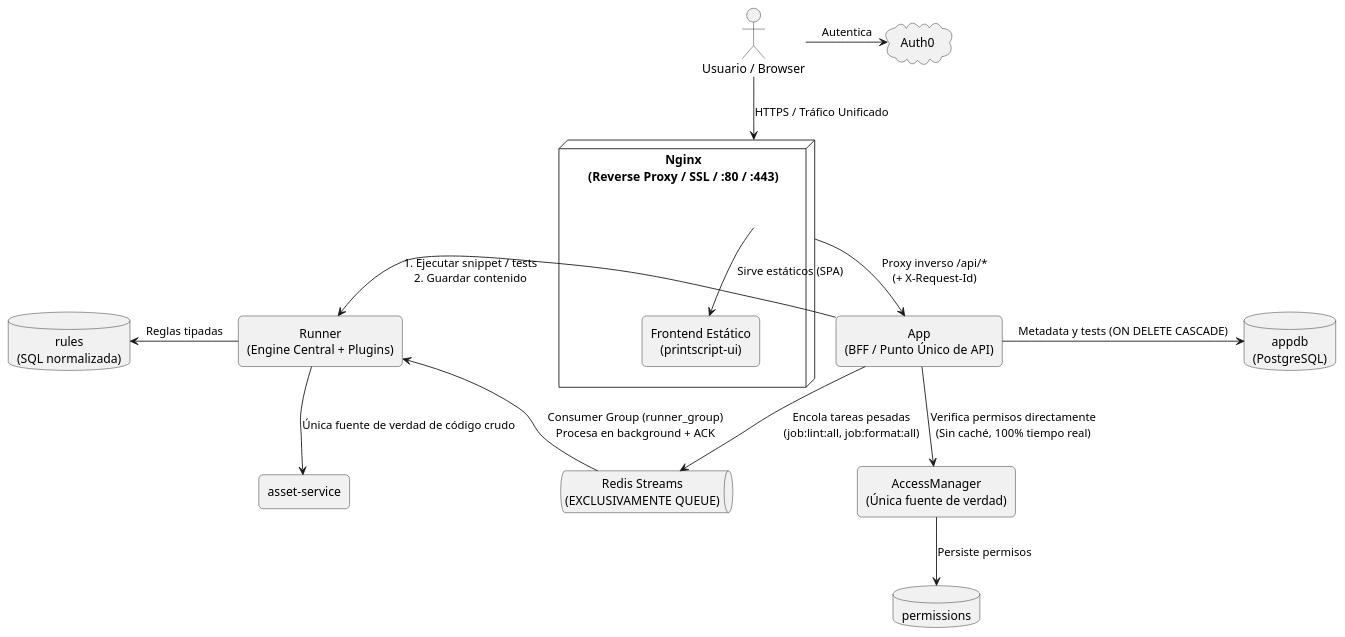
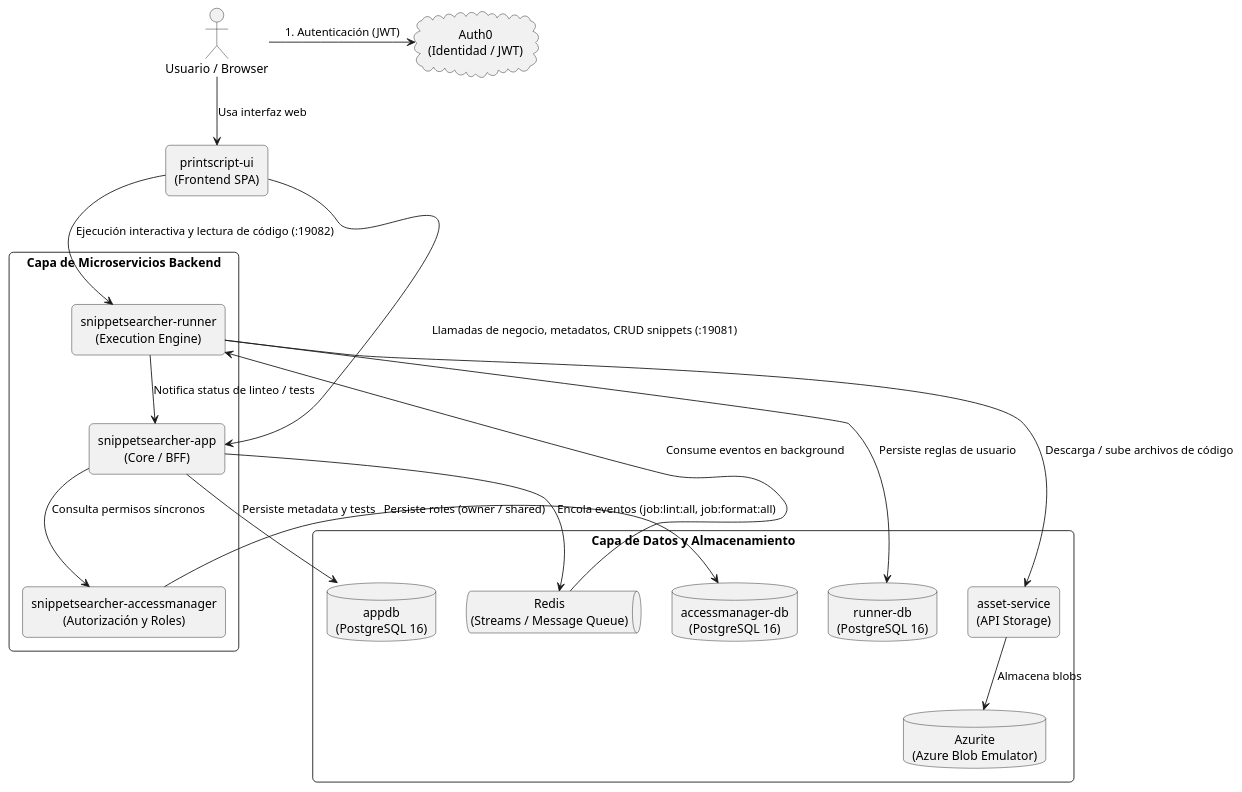
The third of 4 diagrams in Documentación/FLUJO_Y_COMPARATIVA_ARQUITECTURA.md (Grupo-14-INGSIS/SnippetSearcher-Infrastructure), drawn with PlantUML before and after one commit. The commit also changed other lines of this file and 5 other files, not shown here.

Commit message:
docs: add rendered architecture diagrams with and without nginx

````diff
--- a/Documentación/FLUJO_Y_COMPARATIVA_ARQUITECTURA.md
+++ b/Documentación/FLUJO_Y_COMPARATIVA_ARQUITECTURA.md
@@ -78,47 +152,51 @@
 ```plantuml
-@startuml Arquitectura_Nueva_Optimizada
+@startuml Arquitectura_Sin_Nginx
 skinparam roundcorner 10
 skinparam defaultTextAlignment center
 skinparam shadowing false
 skinparam monochrome true
+skinparam packageStyle rectangle
 
-cloud "Auth0" as auth0
-actor "Usuario / Browser" as user
+actor "Usuario / Browser" as client
+cloud "Auth0\n(Identidad / JWT)" as auth0
+rectangle "printscript-ui\n(Frontend SPA)" as ui
 
-node "Nginx\n(Reverse Proxy / SSL / :80 / :443)" as nginx {
-    rectangle "Frontend Estático\n(printscript-ui)" as ui
+package "Capa de Microservicios Backend" {
+    rectangle "snippetsearcher-app\n(Core / BFF)" as app
+    rectangle "snippetsearcher-runner\n(Execution Engine)" as runner
+    rectangle "snippetsearcher-accessmanager\n(Autorización y Roles)" as access
 }
 
-rectangle "App\n(BFF / Punto Único de API)" as app
-rectangle "Runner\n(Engine Central + Plugins)" as runner
+package "Capa de Datos y Almacenamiento" {
+    database "appdb\n(PostgreSQL 16)" as appdb
+    database "runner-db\n(PostgreSQL 16)" as runnerdb
+    database "accessmanager-db\n(PostgreSQL 16)" as accessdb
 
-database "rules\n(SQL normalizada)" as rules
-database "appdb\n(PostgreSQL)" as appdb
+    queue "Redis\n(Streams / Message Queue)" as redis
+    rectangle "asset-service\n(API Storage)" as asset
+    database "Azurite\n(Azure Blob Emulator)" as azurite
+}
 
-rectangle "asset-service" as asset
-queue "Redis Streams\n(EXCLUSIVAMENTE QUEUE)" as redis
-rectangle "AccessManager\n(Única fuente de verdad)" as access
-database "permissions" as perms
+' Flujos de cliente
+client -right-> auth0 : 1. Autenticación (JWT)
+client --> ui : Usa interfaz web
 
-' 1. Capa Externa y Proxy
-user -right-> auth0 : Autentica
-user --> nginx : HTTPS / Tráfico Unificado
-nginx --> ui : Sirve estáticos (SPA)
-nginx --> app : Proxy inverso /api/*\n(+ X-Request-Id)
+' Comunicación directa Frontend -> Servicios (sin Nginx)
+ui --> app : Llamadas de negocio, metadatos, CRUD snippets (:19081)
+ui --> runner : Ejecución interactiva y lectura de código (:19082)
 
-' 2. Capa de Negocio (BFF Unidireccional)
-app -right-> appdb : Metadata y tests (ON DELETE CASCADE)
-app -left-> runner : 1. Ejecutar snippet / tests\n2. Guardar contenido
-app --> access : Verifica permisos directamente\n(Sin caché, 100% tiempo real)
-access --> perms : Persiste permisos
+' Comunicación entre Microservicios
+app --> access : Consulta permisos síncronos
+access --> accessdb : Persiste roles (owner / shared)
 
-' 3. Capa de Cómputo y Storage
-runner -left-> rules : Reglas tipadas
-runner --> asset : Única fuente de verdad de código crudo
+app --> appdb : Persiste metadata y tests
+app --> redis : Encola eventos (job:lint:all, job:format:all)
 
-' 4. Cola Asíncrona (Exclusivamente Message Queue)
-app --> redis : Encola tareas pesadas\n(job:lint:all, job:format:all)
-redis --> runner : Consumer Group (runner_group)\nProcesa en background + ACK
+redis --> runner : Consume eventos en background
+runner --> app : Notifica status de linteo / tests
+runner --> runnerdb : Persiste reglas de usuario
+runner --> asset : Descarga / sube archivos de código
+asset --> azurite : Almacena blobs
 
 @enduml
 ```
````
